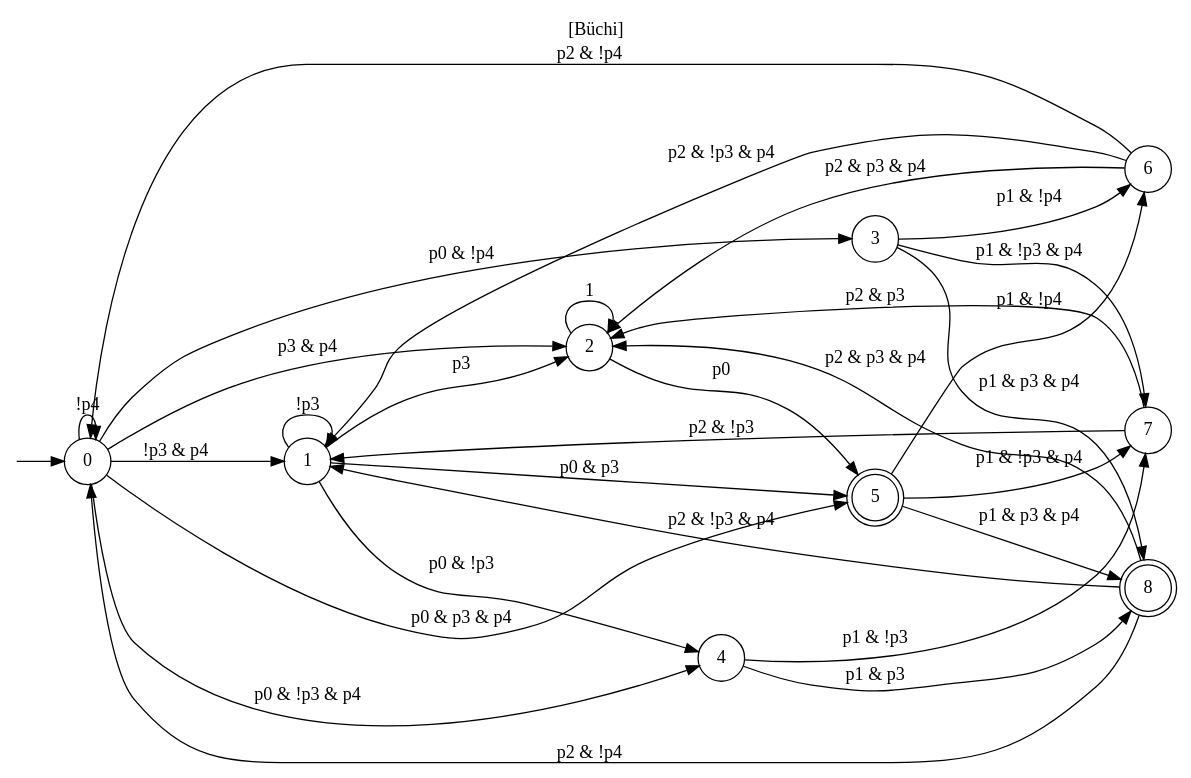
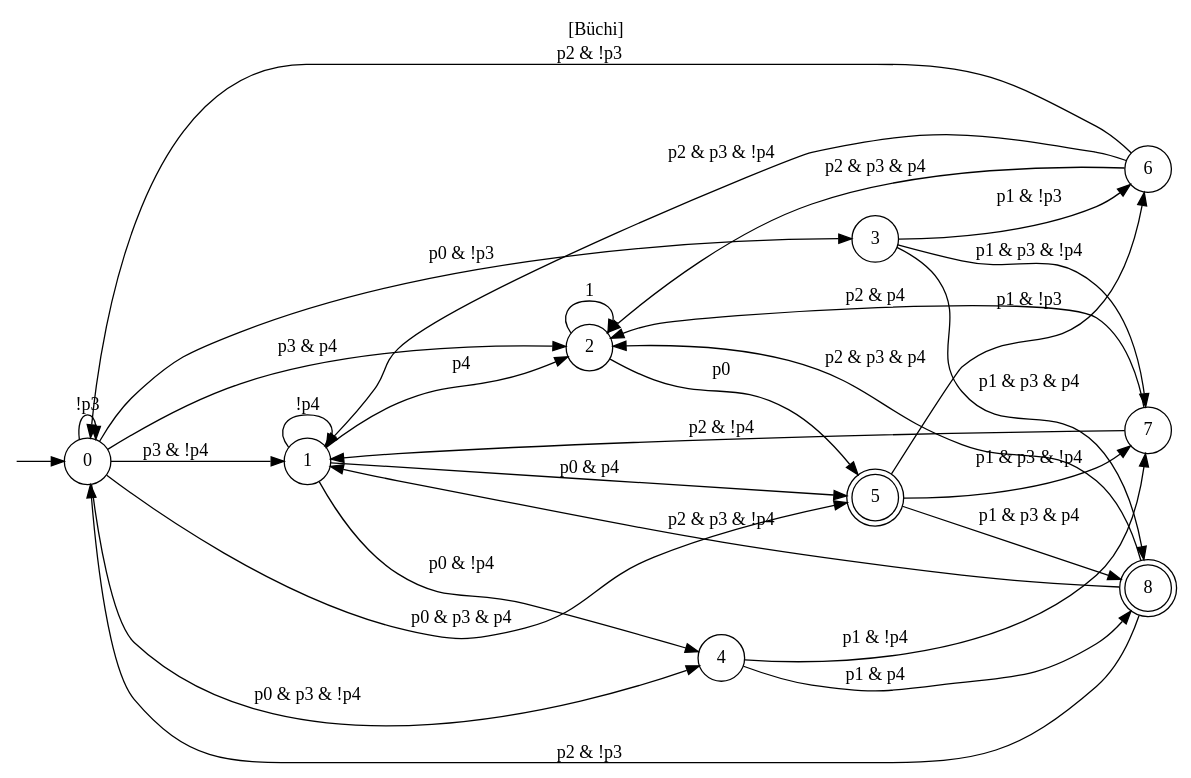
One commit to jrourke48/HMRTA_TS_GENERATION changed the diagram in Task Batch Planning Decision Tree/output/infinite_test_1.dot. Above: the diagram before and after it, drawn with Graphviz. The commit also changed 16 other files, not shown here.

```diff
--- a/Task Batch Planning Decision Tree/output/infinite_test_1.dot
+++ b/Task Batch Planning Decision Tree/output/infinite_test_1.dot
@@ -1,45 +1,45 @@
 digraph "" {
   rankdir=LR
   label="[Büchi]"
   labelloc="t"
   node [shape="circle"]
   I [label="", style=invis, width=0]
   I -> 0
   0 [label="0"]
-  0 -> 0 [label="!p4"]
-  0 -> 1 [label="!p3 & p4"]
+  0 -> 0 [label="!p3"]
+  0 -> 1 [label="p3 & !p4"]
   0 -> 2 [label="p3 & p4"]
-  0 -> 3 [label="p0 & !p4"]
-  0 -> 4 [label="p0 & !p3 & p4"]
+  0 -> 3 [label="p0 & !p3"]
+  0 -> 4 [label="p0 & p3 & !p4"]
   0 -> 5 [label="p0 & p3 & p4"]
   1 [label="1"]
-  1 -> 1 [label="!p3"]
-  1 -> 2 [label="p3"]
-  1 -> 4 [label="p0 & !p3"]
-  1 -> 5 [label="p0 & p3"]
+  1 -> 1 [label="!p4"]
+  1 -> 2 [label="p4"]
+  1 -> 4 [label="p0 & !p4"]
+  1 -> 5 [label="p0 & p4"]
   2 [label="2"]
   2 -> 2 [label="1"]
   2 -> 5 [label="p0"]
   3 [label="3"]
-  3 -> 6 [label="p1 & !p4"]
-  3 -> 7 [label="p1 & !p3 & p4"]
+  3 -> 6 [label="p1 & !p3"]
+  3 -> 7 [label="p1 & p3 & !p4"]
   3 -> 8 [label="p1 & p3 & p4"]
   4 [label="4"]
-  4 -> 7 [label="p1 & !p3"]
-  4 -> 8 [label="p1 & p3"]
+  4 -> 7 [label="p1 & !p4"]
+  4 -> 8 [label="p1 & p4"]
   5 [label="5", peripheries=2]
-  5 -> 6 [label="p1 & !p4"]
-  5 -> 7 [label="p1 & !p3 & p4"]
+  5 -> 6 [label="p1 & !p3"]
+  5 -> 7 [label="p1 & p3 & !p4"]
   5 -> 8 [label="p1 & p3 & p4"]
   6 [label="6"]
-  6 -> 0 [label="p2 & !p4"]
-  6 -> 1 [label="p2 & !p3 & p4"]
+  6 -> 0 [label="p2 & !p3"]
+  6 -> 1 [label="p2 & p3 & !p4"]
   6 -> 2 [label="p2 & p3 & p4"]
   7 [label="7"]
-  7 -> 1 [label="p2 & !p3"]
-  7 -> 2 [label="p2 & p3"]
+  7 -> 1 [label="p2 & !p4"]
+  7 -> 2 [label="p2 & p4"]
   8 [label="8", peripheries=2]
-  8 -> 0 [label="p2 & !p4"]
-  8 -> 1 [label="p2 & !p3 & p4"]
+  8 -> 0 [label="p2 & !p3"]
+  8 -> 1 [label="p2 & p3 & !p4"]
   8 -> 2 [label="p2 & p3 & p4"]
 }
```
